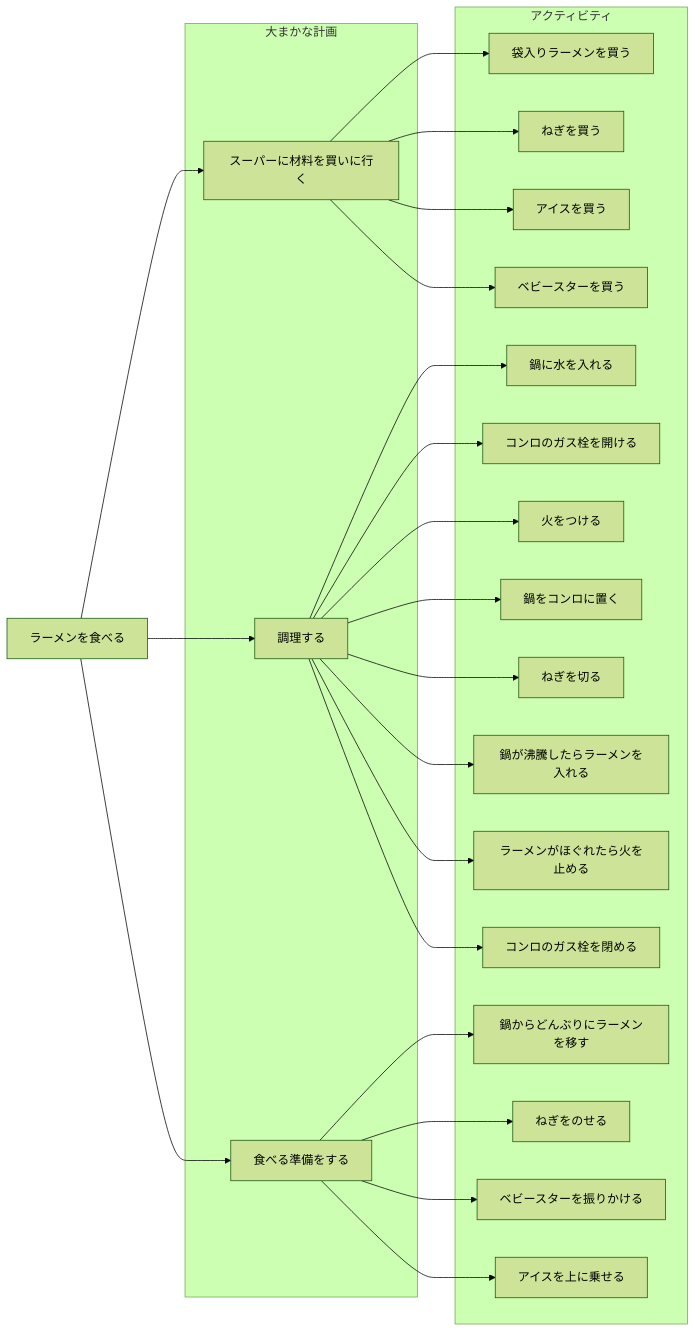
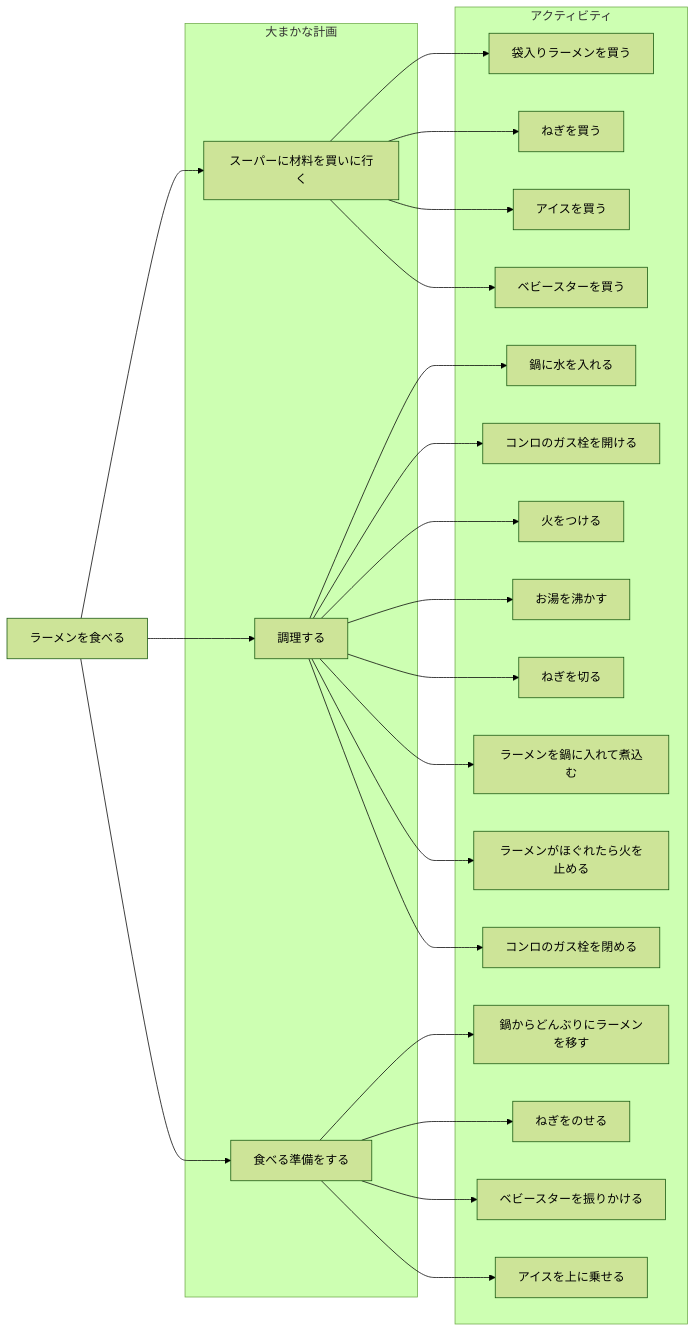
One commit to useruser0123/mypage changed the diagram in WBS_1_3_wbs.md. Above: the diagram before and after it, drawn with Mermaid (forest theme). The commit also changed 2 other files, not shown here.

Commit message:
提出課題の修正

````diff
--- a/WBS_1_3_wbs.md
+++ b/WBS_1_3_wbs.md
@@ -1,46 +1,46 @@
 ```mermaid
 flowchart  LR;
 d1[ラーメンを食べる]
 subgraph 大まかな計画
 d02[スーパーに材料を買いに行く]
 d03[調理する]
 d04[食べる準備をする]
 end
 subgraph アクティビティ
 d2[袋入りラーメンを買う]
 d3[ねぎを買う]
 d4[アイスを買う]
 d5[ベビースターを買う]
 d6[鍋に水を入れる]
 d7[コンロのガス栓を開ける]
 d8[火をつける]
-d9[鍋をコンロに置く]
+d9[お湯を沸かす]
 d10[ねぎを切る]
-d11[鍋が沸騰したらラーメンを入れる]
+d11[ラーメンを鍋に入れて煮込む]
 d12[ラーメンがほぐれたら火を止める]
 d13[コンロのガス栓を閉める]
 d14[鍋からどんぶりにラーメンを移す]
 d15[ねぎをのせる]
 d16[ベビースターを振りかける]
 d17[アイスを上に乗せる]
 end
 d1 --> d02
 d1 --> d03
 d1 --> d04
 d02 --> d2
 d02 --> d3
 d02 --> d4
 d02 --> d5
 d03 --> d6
 d03 --> d7
 d03 --> d8
 d03 --> d9
 d03 --> d10
 d03 --> d11
 d03 --> d12
 d03 --> d13
 d04 --> d14
 d04 --> d15
 d04 --> d16
 d04 --> d17
 ```
````
